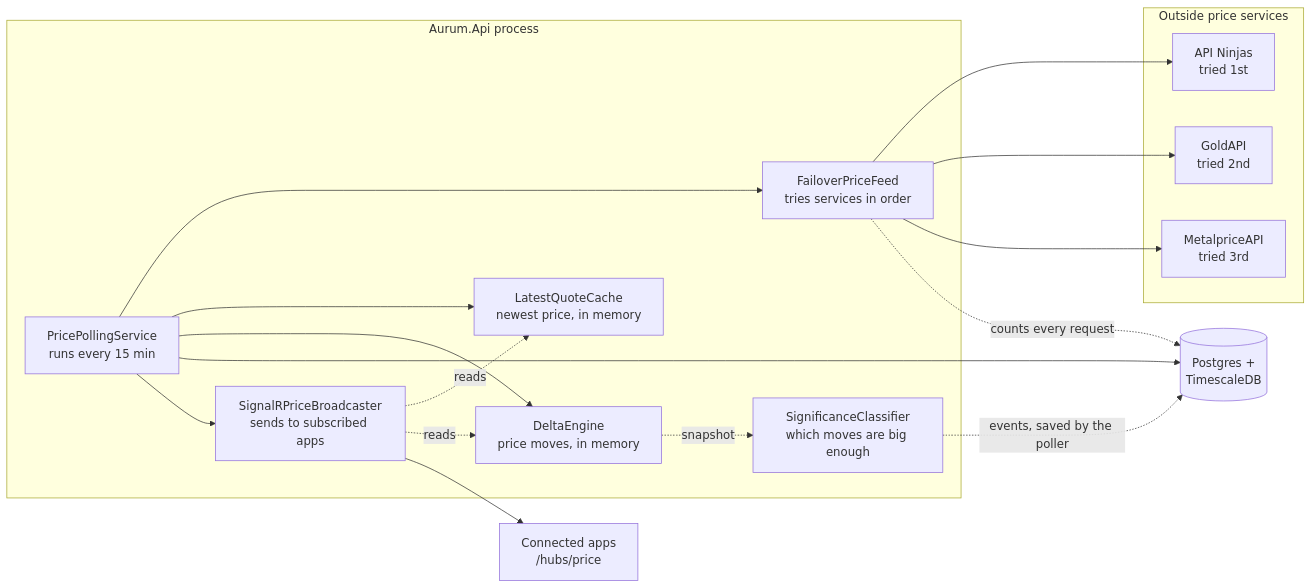
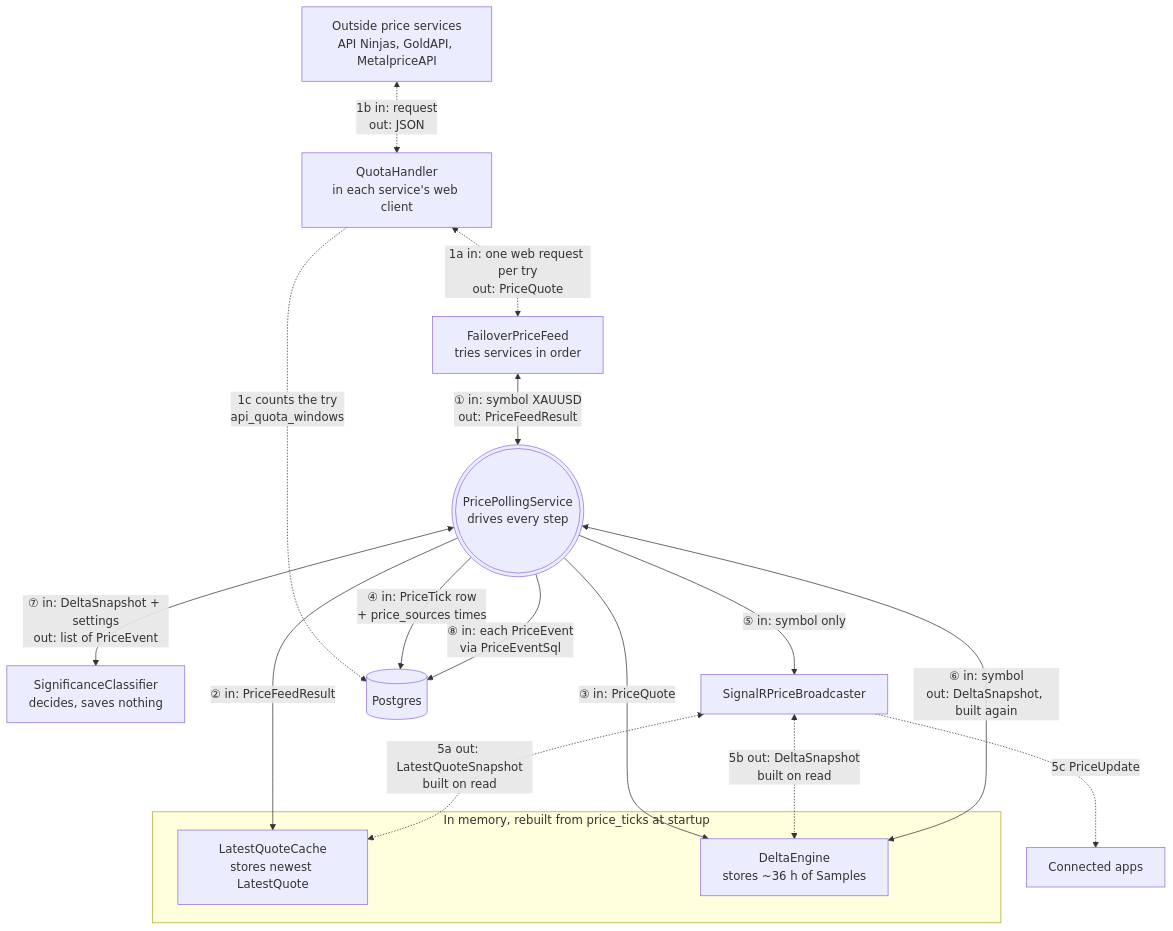
Before and after one commit to avolel/aurum: the first of 4 diagrams in docs/code-overview.md, drawn with Mermaid. The commit also changed other lines of this file, not shown here.

````diff
--- a/docs/code-overview.md
+++ b/docs/code-overview.md
@@ -42,32 +47,33 @@
 ```mermaid
-flowchart LR
-    subgraph outside["Outside price services"]
-        N[API Ninjas<br/>tried 1st]
-        G[GoldAPI<br/>tried 2nd]
-        M[MetalpriceAPI<br/>tried 3rd]
+flowchart TD
+    X[Outside price services<br/>API Ninjas, GoldAPI, MetalpriceAPI]
+    Q[QuotaHandler<br/>in each service's web client]
+    F[FailoverPriceFeed<br/>tries services in order]
+    P(((PricePollingService<br/>drives every step)))
+
+    subgraph memory["In memory, rebuilt from price_ticks at startup"]
+        C[LatestQuoteCache<br/>stores newest LatestQuote]
+        D[DeltaEngine<br/>stores ~36 h of Samples]
     end
 
-    subgraph api["Aurum.Api process"]
-        P[PricePollingService<br/>runs every 15 min]
-        F[FailoverPriceFeed<br/>tries services in order]
-        C[LatestQuoteCache<br/>newest price, in memory]
-        D[DeltaEngine<br/>price moves, in memory]
-        S[SignificanceClassifier<br/>which moves are big enough]
-        B[SignalRPriceBroadcaster<br/>sends to subscribed apps]
-    end
+    S[SignificanceClassifier<br/>decides, saves nothing]
+    B[SignalRPriceBroadcaster]
+    DB[(Postgres)]
+    A[Connected apps]
 
-    DB[(Postgres +<br/>TimescaleDB)]
-    A[Connected apps<br/>/hubs/price]
+    F <-- "① in: symbol XAUUSD<br/>out: PriceFeedResult" --> P
+    Q <-. "1a in: one web request per try<br/>out: PriceQuote" .-> F
+    X <-. "1b in: request<br/>out: JSON" .-> Q
+    Q -. "1c counts the try<br/>api_quota_windows" .-> DB
 
-    P --> F
-    F --> N & G & M
-    P --> C
-    P --> D
-    D -. snapshot .-> S
-    P --> DB
-    S -. events, saved by the poller .-> DB
-    F -. counts every request .-> DB
-    P --> B
-    B -. reads .-> C & D
-    B --> A
+    P -- "② in: PriceFeedResult" --> C
+    P -- "③ in: PriceQuote" --> D
+    P -- "④ in: PriceTick row<br/>+ price_sources times" --> DB
+    P -- "⑤ in: symbol only" --> B
+    B <-. "5a out: LatestQuoteSnapshot<br/>built on read" .-> C
+    B <-. "5b out: DeltaSnapshot<br/>built on read" .-> D
+    B -. "5c PriceUpdate" .-> A
+    P <-- "⑥ in: symbol<br/>out: DeltaSnapshot, built again" --> D
+    P <-- "⑦ in: DeltaSnapshot + settings<br/>out: list of PriceEvent" --> S
+    P -- "⑧ in: each PriceEvent<br/>via PriceEventSql" --> DB
 ```
````
